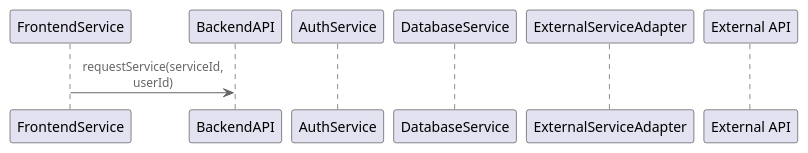
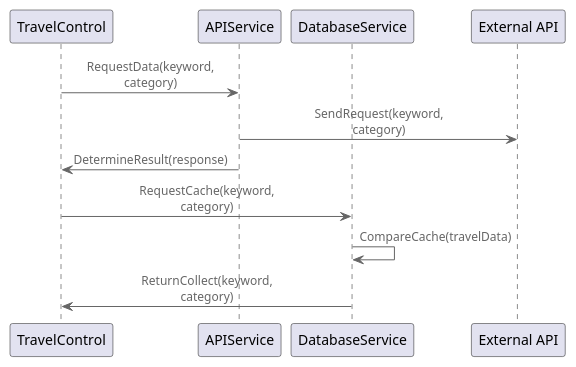
The diagram in opdracht-diagrammen/C4 Code/Dynamic Diagram Stap 3 Jordy.puml (AIM-ENE-feb25/triptop-groep-3), drawn with PlantUML before and after one commit. The commit also changed 2 other files, not shown here.

```diff
--- a/opdracht-diagrammen/C4 Code/Dynamic Diagram Stap 3 Jordy.puml
+++ b/opdracht-diagrammen/C4 Code/Dynamic Diagram Stap 3 Jordy.puml
@@ -1,13 +1,16 @@
 @startuml
 !include https://raw.githubusercontent.com/plantuml-stdlib/C4-PlantUML/master/C4_Component.puml
 
-participant FrontendService
-participant BackendAPI
-participant AuthService
+participant TravelControl
+participant APIService
 participant DatabaseService
-participant ExternalServiceAdapter
 participant "External API" as ExternalAPI
 
-FrontendService -> BackendAPI: requestService(serviceId, userId)
+TravelControl -> APIService : RequestData(keyword, category)
+APIService -> ExternalAPI : SendRequest(keyword, category)
+APIService -> TravelControl : DetermineResult(response)
+TravelControl -> DatabaseService : RequestCache(keyword, category)
+DatabaseService -> DatabaseService : CompareCache(travelData)
+DatabaseService -> TravelControl : ReturnCollect(keyword, category)
 
 @enduml
```
